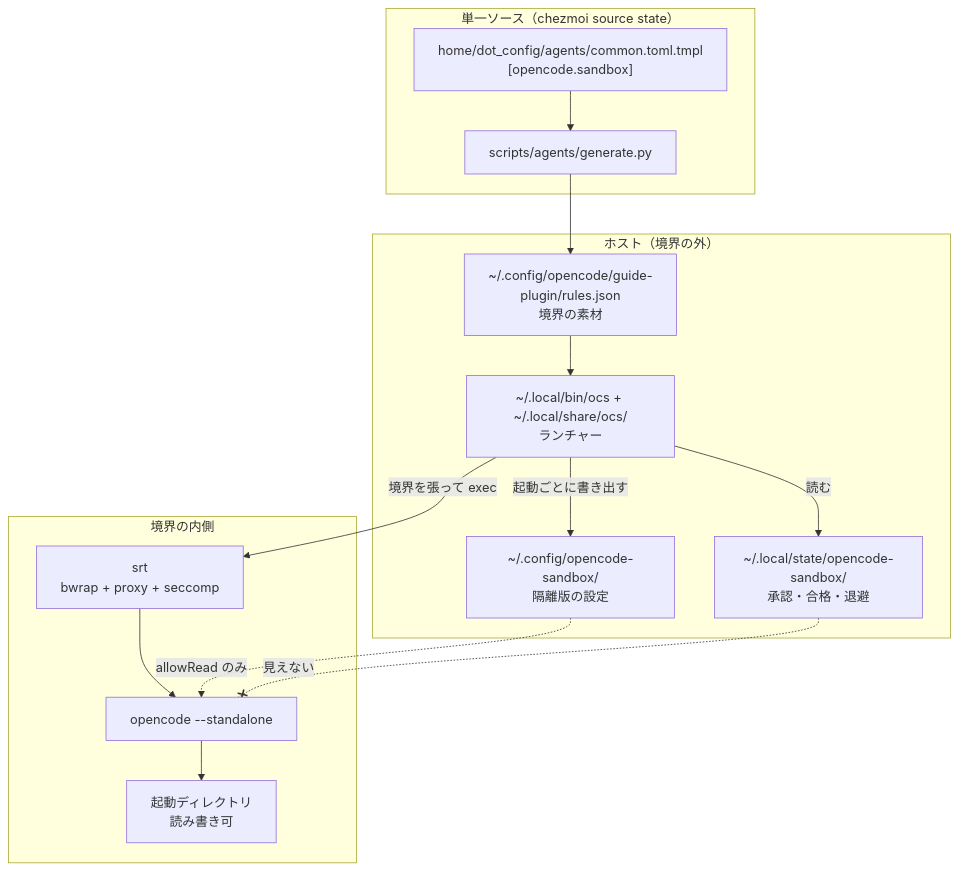
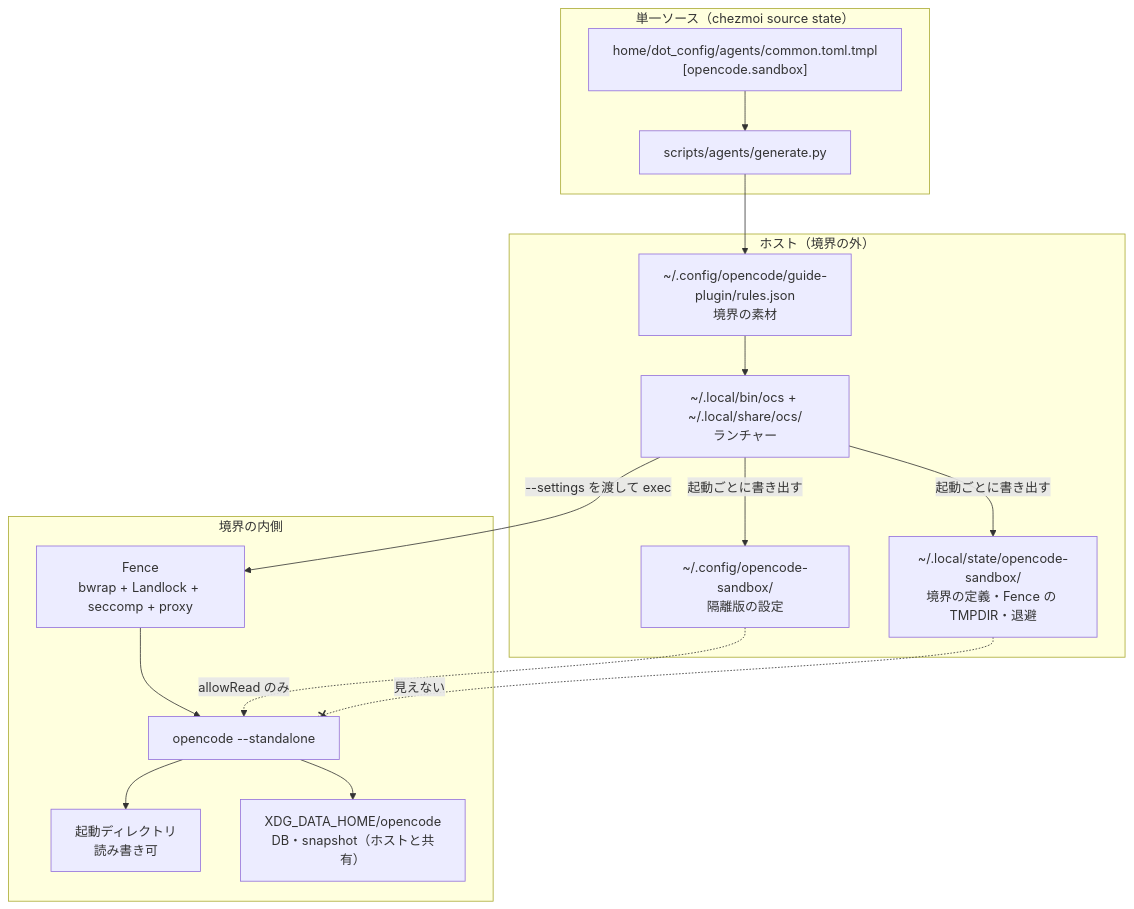
One commit to applejxd/dotfiles changed the first of 4 diagrams in docs/spec/opencode-sandbox.md. Above: the diagram before and after it, drawn with Mermaid. The commit also changed other lines of this file and 14 other files, not shown here.

First line of the commit message:
docs: ocs の仕様を Fence と DB の共有に合わせ、CHG-0009 の実装と検証を記録する

````diff
--- a/docs/spec/opencode-sandbox.md
+++ b/docs/spec/opencode-sandbox.md
@@ -33,30 +38,32 @@
 ```mermaid
 flowchart TD
     subgraph source["単一ソース（chezmoi source state）"]
         COMMON["home/dot_config/agents/common.toml.tmpl<br>[opencode.sandbox]"]
         GEN["scripts/agents/generate.py"]
     end
 
     subgraph host["ホスト（境界の外）"]
         RULES["~/.config/opencode/guide-plugin/rules.json<br>境界の素材"]
         OCS["~/.local/bin/ocs + ~/.local/share/ocs/<br>ランチャー"]
-        STATE["~/.local/state/opencode-sandbox/<br>承認・合格・退避"]
+        STATE["~/.local/state/opencode-sandbox/<br>境界の定義・Fence の TMPDIR・退避"]
         CFG["~/.config/opencode-sandbox/<br>隔離版の設定"]
     end
 
     subgraph inside["境界の内側"]
-        SRT["srt<br>bwrap + proxy + seccomp"]
+        FENCE["Fence<br>bwrap + Landlock + seccomp + proxy"]
         OC["opencode --standalone"]
         WS["起動ディレクトリ<br>読み書き可"]
+        DATA["XDG_DATA_HOME/opencode<br>DB・snapshot（ホストと共有）"]
     end
 
     COMMON --> GEN --> RULES
     RULES --> OCS
-    OCS -- "読む" --> STATE
+    OCS -- "起動ごとに書き出す" --> STATE
     OCS -- "起動ごとに書き出す" --> CFG
-    OCS -- "境界を張って exec" --> SRT
-    SRT --> OC
+    OCS -- "--settings を渡して exec" --> FENCE
+    FENCE --> OC
     OC --> WS
+    OC --> DATA
     CFG -. "allowRead のみ" .-> OC
     STATE -. "見えない" .-x OC
 ```
````
